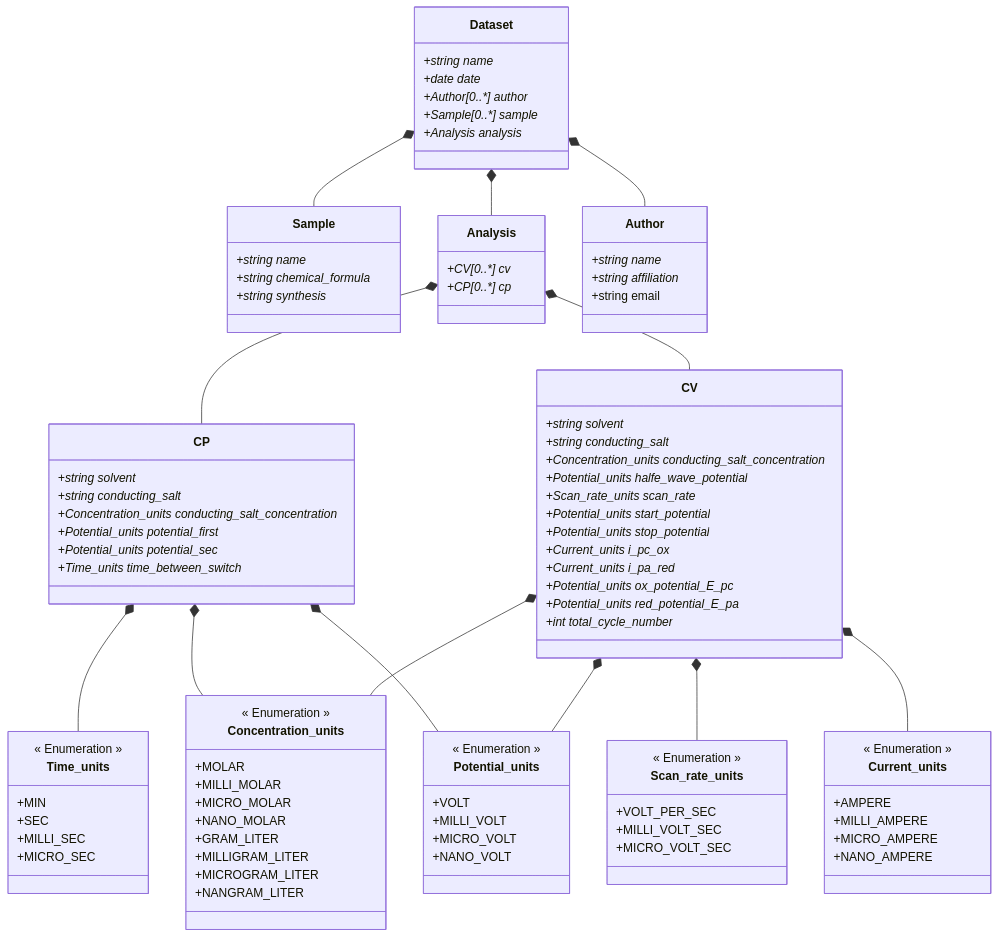
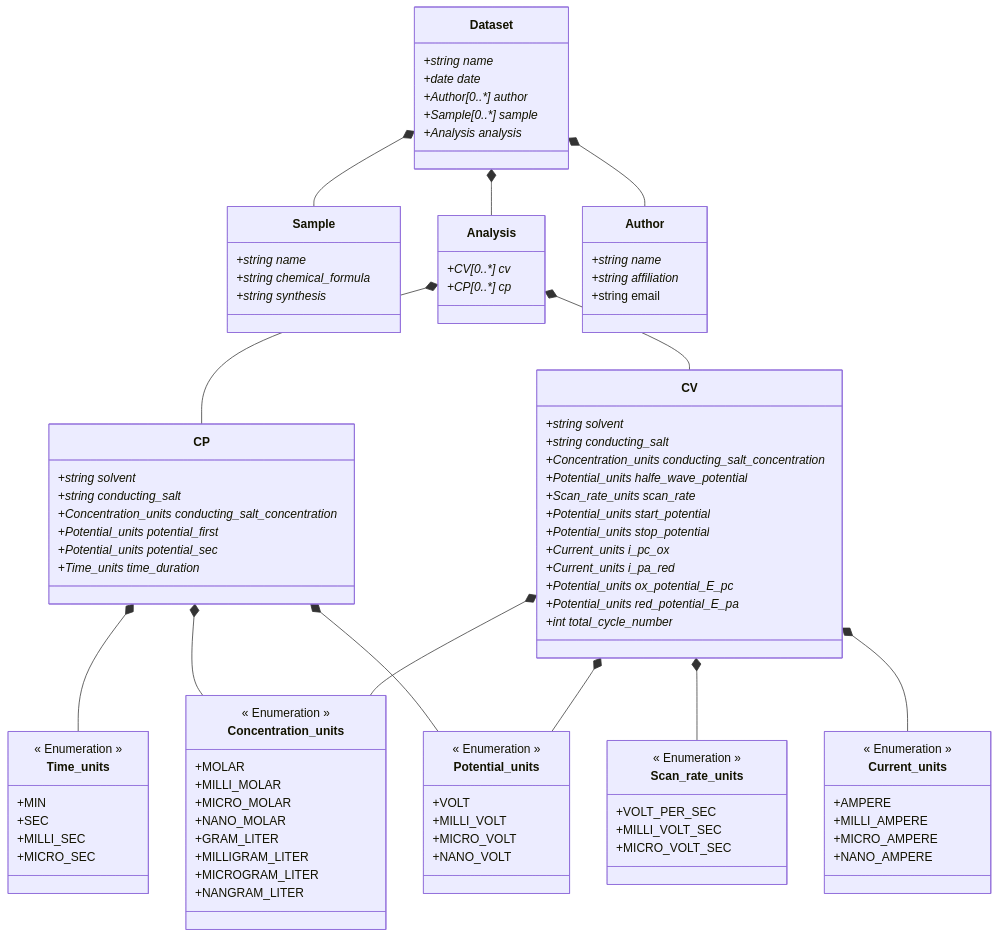
One commit to FAIRChemistry/datamodel-electrochemistry changed the diagram in ElectrochemistryDataModel/schemes/electrochemistrydatamodel_schema.md. Above: the diagram before and after it, drawn with Mermaid. The commit also changed 7 other files, not shown here.

```diff
--- a/ElectrochemistryDataModel/schemes/electrochemistrydatamodel_schema.md
+++ b/ElectrochemistryDataModel/schemes/electrochemistrydatamodel_schema.md
@@ -38,7 +38,7 @@
         +Concentration_units conducting_salt_concentration*
         +Potential_units potential_first*
         +Potential_units potential_sec*
-        +Time_units time_between_switch*
+        +Time_units time_duration*
     }
     
     class CV {
```
